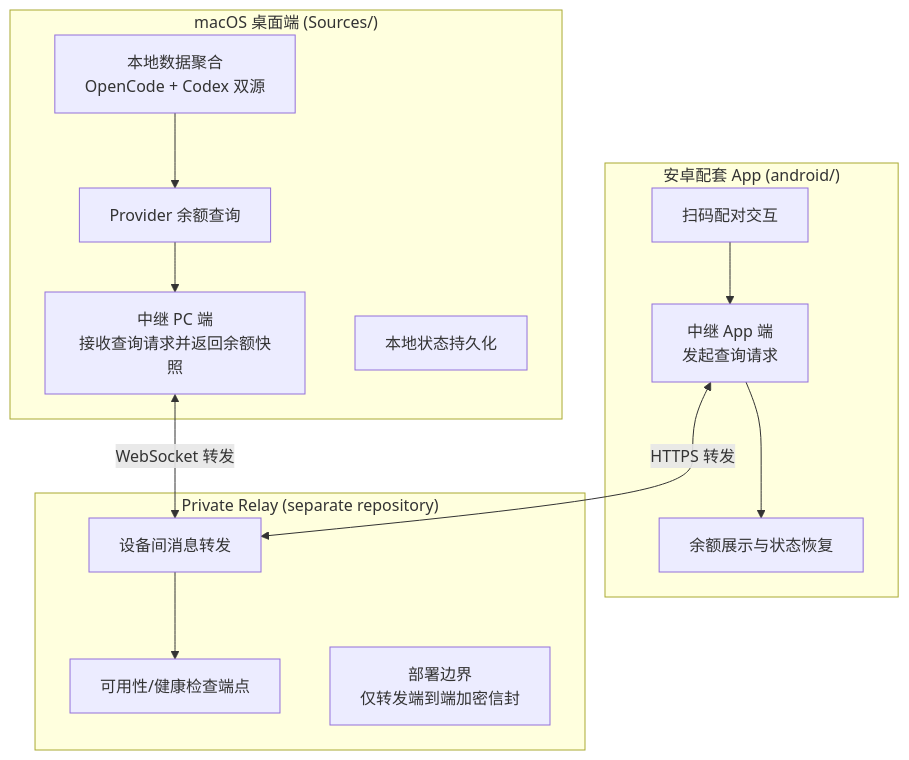
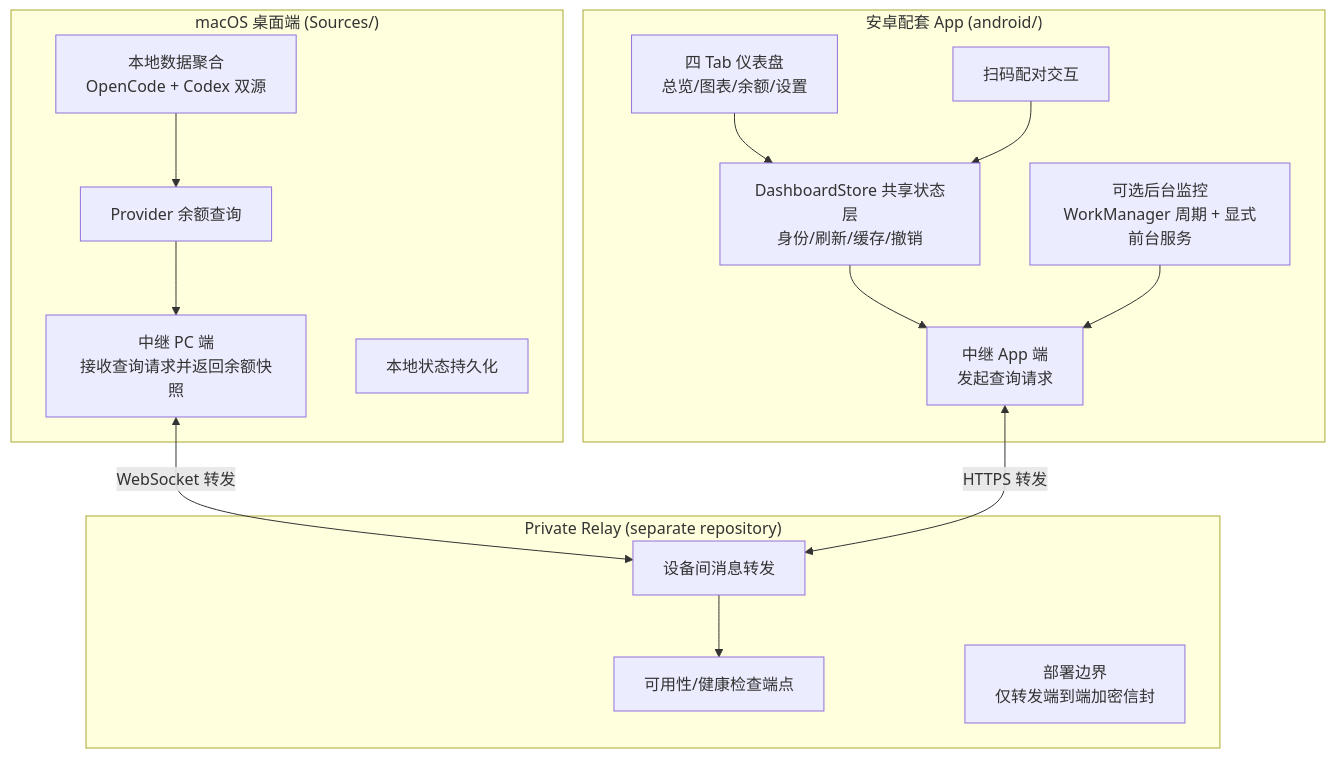
One commit to blackkcold/Token-Cost-App-OC-Codex changed the first of 6 diagrams in docs/架构逻辑链图.md. Above: the diagram before and after it, drawn with Mermaid. The commit also changed 29 other files, not shown here.

````diff
--- a/docs/架构逻辑链图.md
+++ b/docs/架构逻辑链图.md
@@ -7,29 +7,33 @@
 ```mermaid
 graph TB
     subgraph "macOS 桌面端 (Sources/)"
         MAC_AGG[本地数据聚合<br/>OpenCode + Codex 双源]
         MAC_BAL[Provider 余额查询]
         MAC_RELAY[中继 PC 端<br/>接收查询请求并返回余额快照]
         MAC_STATE[本地状态持久化]
     end
 
     subgraph "安卓配套 App (android/)"
         AND_PAIR[扫码配对交互]
         AND_RELAY[中继 App 端<br/>发起查询请求]
-        AND_DISPLAY[余额展示与状态恢复]
+        AND_DISPLAY[四 Tab 仪表盘<br/>总览/图表/余额/设置]
+        AND_STORE[DashboardStore 共享状态层<br/>身份/刷新/缓存/撤销]
+        AND_BG[可选后台监控<br/>WorkManager 周期 + 显式前台服务]
+        AND_DISPLAY --> AND_STORE
+        AND_STORE --> AND_RELAY
+        AND_BG --> AND_RELAY
     end
 
     subgraph "Private Relay (separate repository)"
         RELAY_FWD[设备间消息转发]
         RELAY_HEALTH[可用性/健康检查端点]
         RELAY_BOUND[部署边界<br/>仅转发端到端加密信封]
     end
 
     MAC_AGG --> MAC_BAL
     MAC_BAL --> MAC_RELAY
     MAC_RELAY <-->|WebSocket 转发| RELAY_FWD
     AND_RELAY <-->|HTTPS 转发| RELAY_FWD
-    AND_PAIR --> AND_RELAY
-    AND_RELAY --> AND_DISPLAY
+    AND_PAIR --> AND_STORE
     RELAY_FWD --> RELAY_HEALTH
 ```
````
